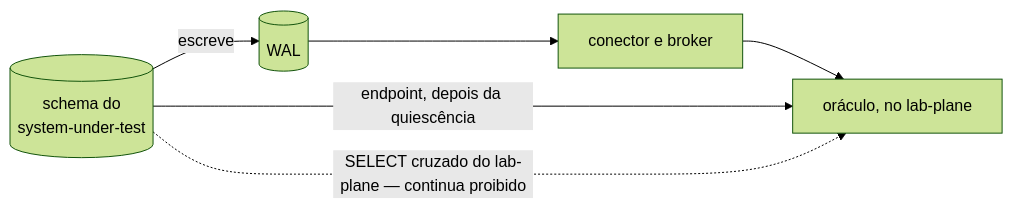
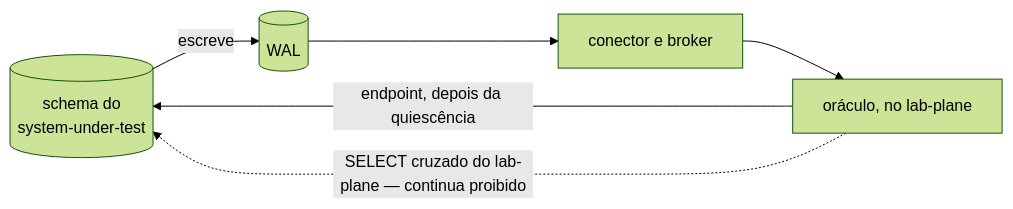
Before and after one commit to da0hn/distributed-systems-experiment-lab: the second of 2 diagrams in docs/features/deteccao-de-divergencia-entre-fontes/feature-card.md, drawn with Mermaid (forest theme). The commit also changed other lines of this file and 2 other files, not shown here.

````diff
--- a/docs/features/deteccao-de-divergencia-entre-fontes/feature-card.md
+++ b/docs/features/deteccao-de-divergencia-entre-fontes/feature-card.md
@@ -108,10 +108,10 @@
 ```mermaid
 flowchart LR
     SUT[("schema do<br/>system-under-test")]
     W[("WAL")]
     T["conector e broker"]
     OR["oráculo, no lab-plane"]
     SUT -->|" escreve "| W --> T --> OR
-    SUT -->|" endpoint, depois da quiescência "| OR
-    SUT -.->|" SELECT cruzado do lab-plane — continua proibido "| OR
+    OR -->|" endpoint, depois da quiescência "| SUT
+    OR -.->|" SELECT cruzado do lab-plane — continua proibido "| SUT
 ```
````
